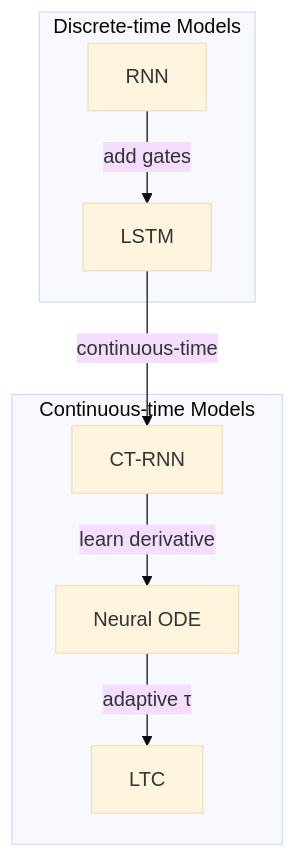
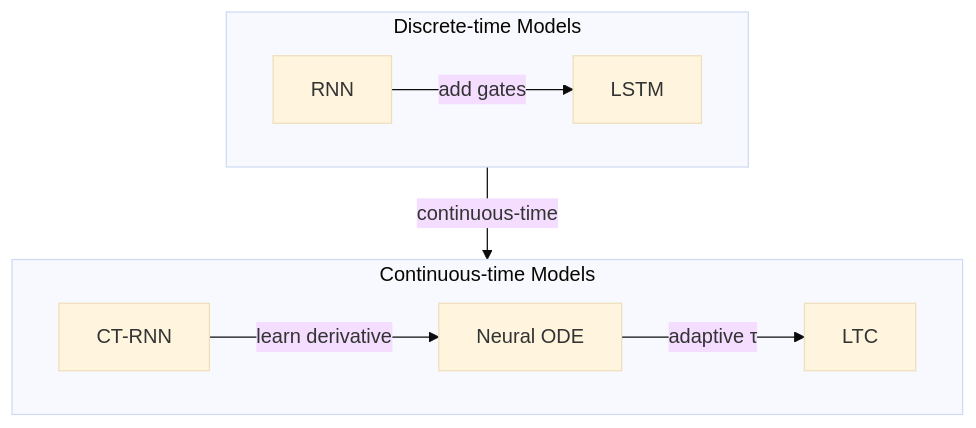
Before and after one commit to boliu-ee/LTC: the diagram in README.md, drawn with Mermaid (base theme).

````diff
--- a/README.md
+++ b/README.md
@@ -538,18 +538,20 @@
 ```mermaid
 flowchart TB
     subgraph G1["Discrete-time Models"]
+       direction LR
         A["RNN"]
         B["LSTM"]
         A -->|add gates| B
     end
 
     subgraph G2["Continuous-time Models"]
+        direction LR
         C["CT-RNN"]
         D["Neural ODE"]
         E["LTC"]
         C -->|learn derivative| D
         D -->|adaptive τ| E
     end
 
-    B -->|continuous-time| C
+    G1 -->|continuous-time| G2
 ```
````
